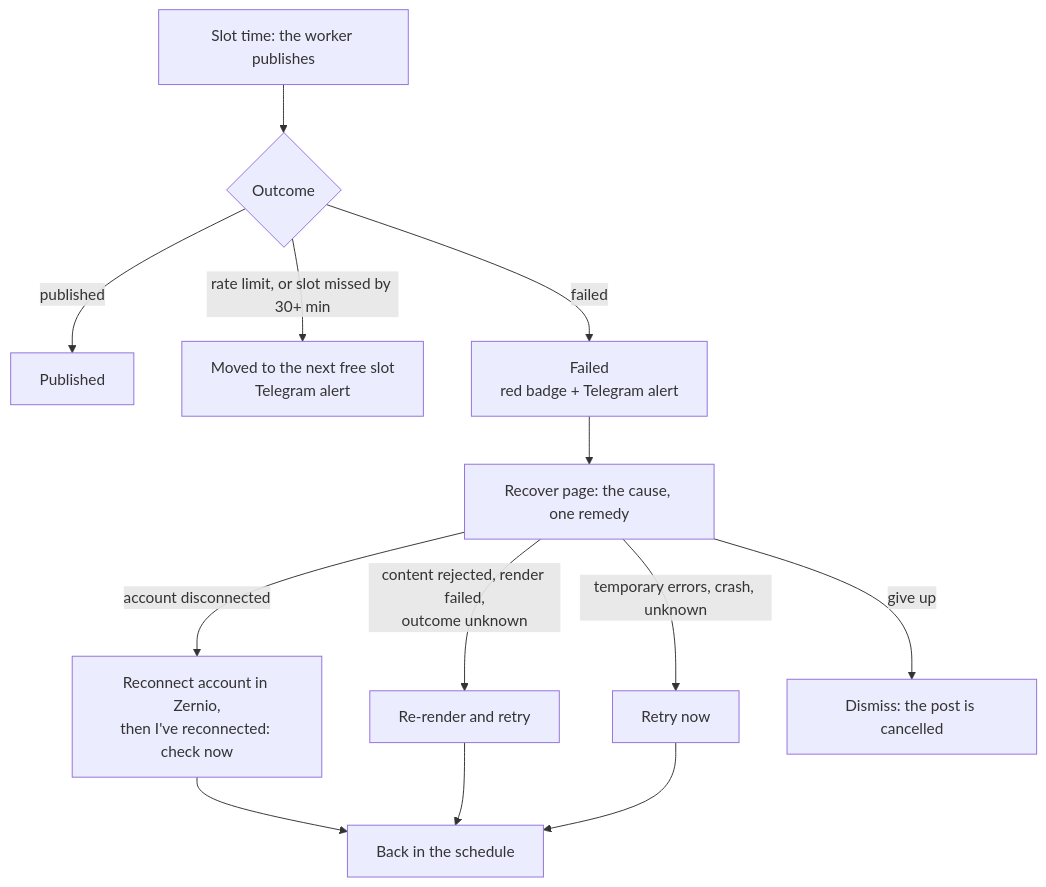
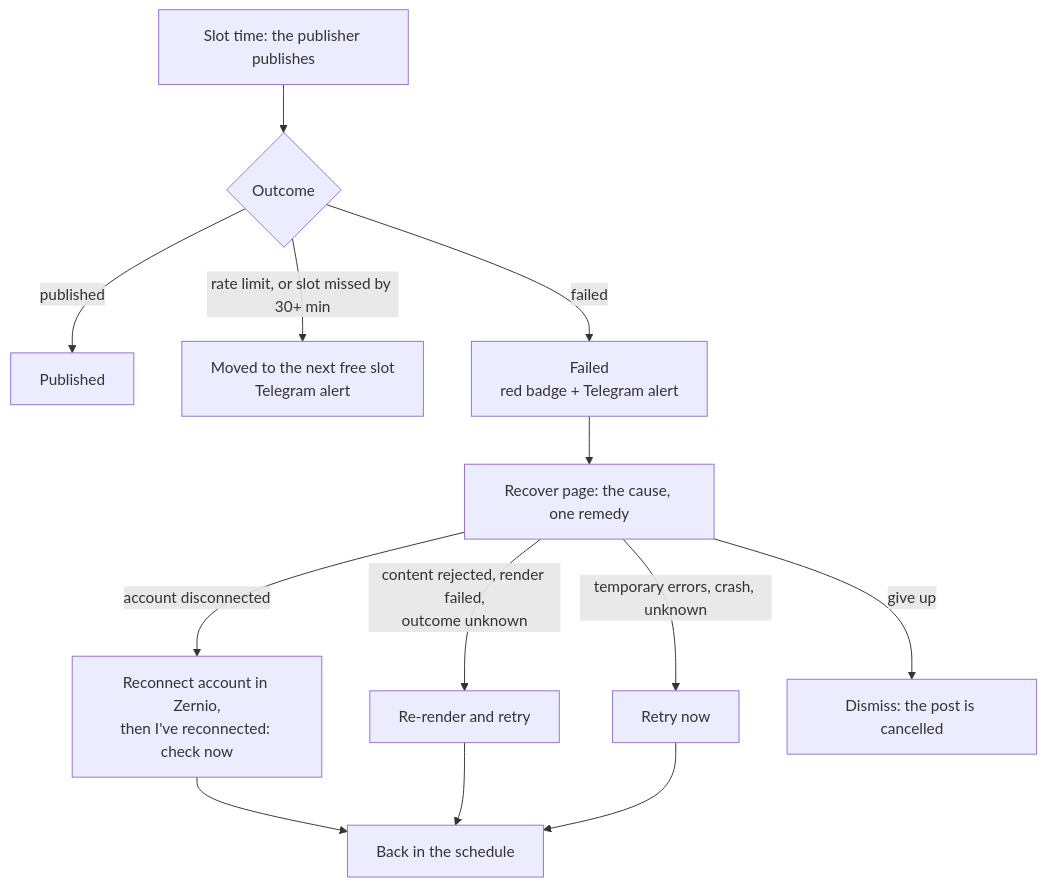
One commit to paramshah07/Marketing-and-Clipping-Platform changed the second of 5 diagrams in docs/workflows.md. Above: the diagram before and after it, drawn with Mermaid. The commit also changed other lines of this file and 19 other files, not shown here.

````diff
--- a/docs/workflows.md
+++ b/docs/workflows.md
@@ -54,15 +55,15 @@
 ```mermaid
 flowchart TD
-  slot["Slot time: the worker publishes"] --> z{"Outcome"}
+  slot["Slot time: the publisher publishes"] --> z{"Outcome"}
   z -->|published| done["Published"]
   z -->|"rate limit, or slot missed by 30+ min"| moved["Moved to the next free slot<br/>Telegram alert"]
   z -->|failed| failed["Failed<br/>red badge + Telegram alert"]
   failed --> rec["Recover page: the cause, one remedy"]
   rec -->|"account disconnected"| rc["Reconnect account in Zernio,<br/>then I've reconnected: check now"]
   rec -->|"content rejected, render failed,<br/>outcome unknown"| rr["Re-render and retry"]
   rec -->|"temporary errors, crash, unknown"| rn["Retry now"]
   rec -->|"give up"| dis["Dismiss: the post is cancelled"]
   rc --> back["Back in the schedule"]
   rr --> back
   rn --> back
 ```
````
